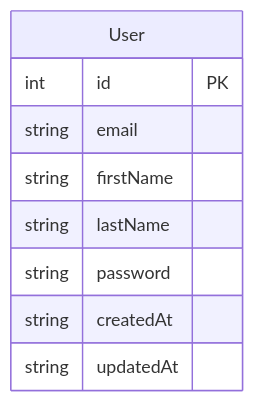
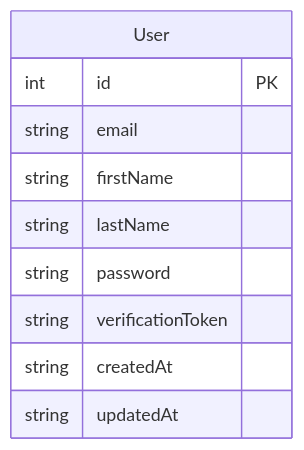
The first of 6 diagrams in recipes/users-auth/username-password.mdx (Code-Cookbook/code-cookbook.github.io), drawn with Mermaid before and after one commit. The commit also changed other lines of this file and 5 other files, not shown here.

````diff
--- a/recipes/users-auth/username-password.mdx
+++ b/recipes/users-auth/username-password.mdx
@@ -42,13 +45,14 @@
 ```mermaid
 erDiagram
   User {
       int id PK
       string email
       string firstName
       string lastName
       string password
+      string verificationToken
       string createdAt
       string updatedAt
   }
 
 ```
````
